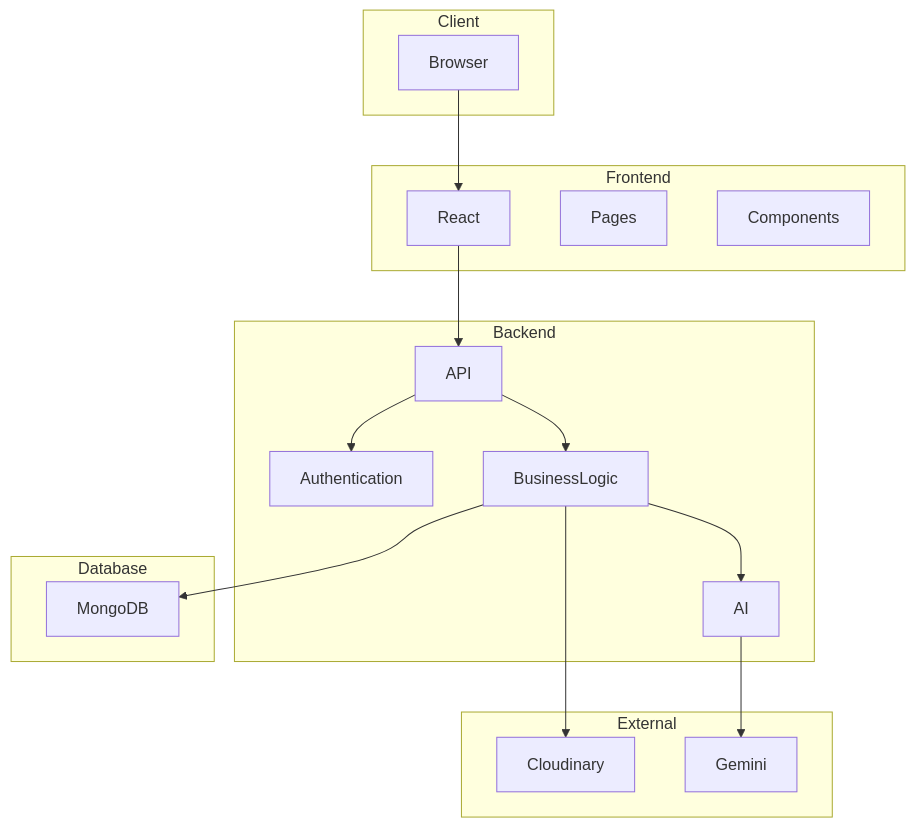
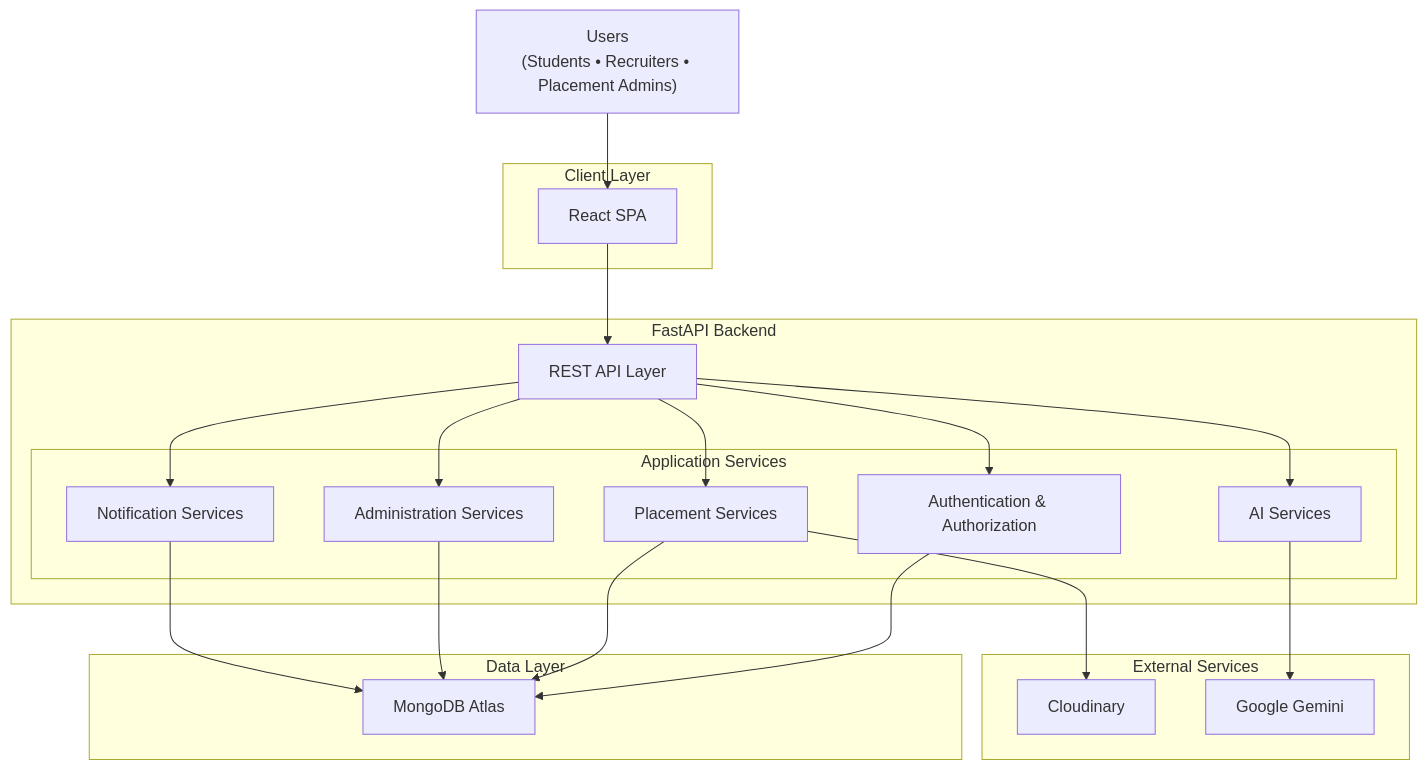
The second of 10 diagrams in docs/01_ARCHITECTURE.md (anandsagar101/placementhub), drawn with Mermaid before and after one commit. The commit also changed other lines of this file, not shown here.

Commit message:
docs(architecture): finalize enterprise system architecture

````diff
--- a/docs/01_ARCHITECTURE.md
+++ b/docs/01_ARCHITECTURE.md
@@ -140,45 +166,48 @@
 ```mermaid
 flowchart TB
 
-subgraph Client
-Browser
+User["Users<br/>(Students • Recruiters • Placement Admins)"]
+
+subgraph Client["Client Layer"]
+    React["React SPA"]
 end
 
-subgraph Frontend
-React
-Pages
-Components
+subgraph Backend["FastAPI Backend"]
+    API["REST API Layer"]
+
+    subgraph Services["Application Services"]
+        Auth["Authentication & Authorization"]
+        Placement["Placement Services"]
+        Admin["Administration Services"]
+        AI["AI Services"]
+        Notify["Notification Services"]
+    end
 end
 
-subgraph Backend
-Authentication
-BusinessLogic
-API
-AI
+subgraph Data["Data Layer"]
+    Mongo["MongoDB Atlas"]
 end
 
-subgraph Database
-MongoDB
+subgraph External["External Services"]
+    Cloudinary["Cloudinary"]
+    Gemini["Google Gemini"]
 end
 
-subgraph External
-Cloudinary
-Gemini
-end
-
-Browser --> React
+User --> React
 
 React --> API
 
-API --> Authentication
+API --> Auth
+API --> Placement
+API --> Admin
+API --> AI
+API --> Notify
 
-API --> BusinessLogic
+Auth --> Mongo
+Placement --> Mongo
+Admin --> Mongo
+Notify --> Mongo
 
-BusinessLogic --> MongoDB
-
-BusinessLogic --> Cloudinary
-
+Placement --> Cloudinary
 AI --> Gemini
-
-BusinessLogic --> AI
 ```
````
